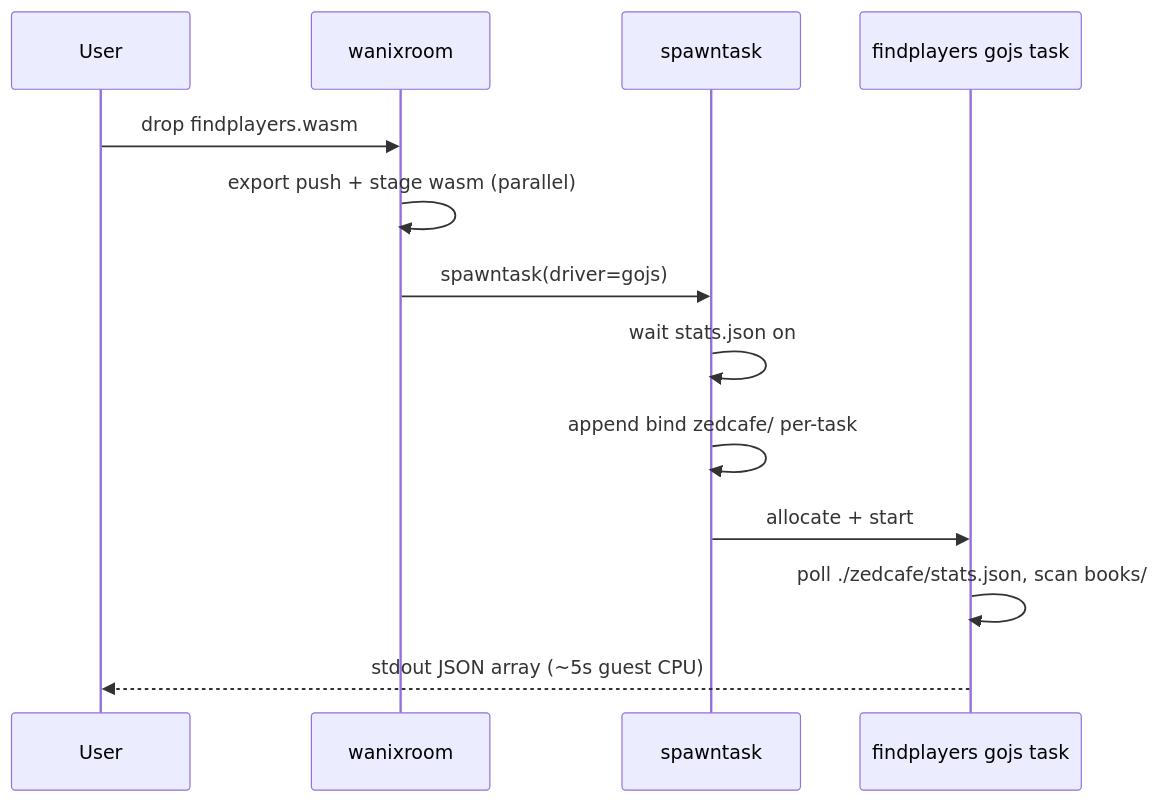
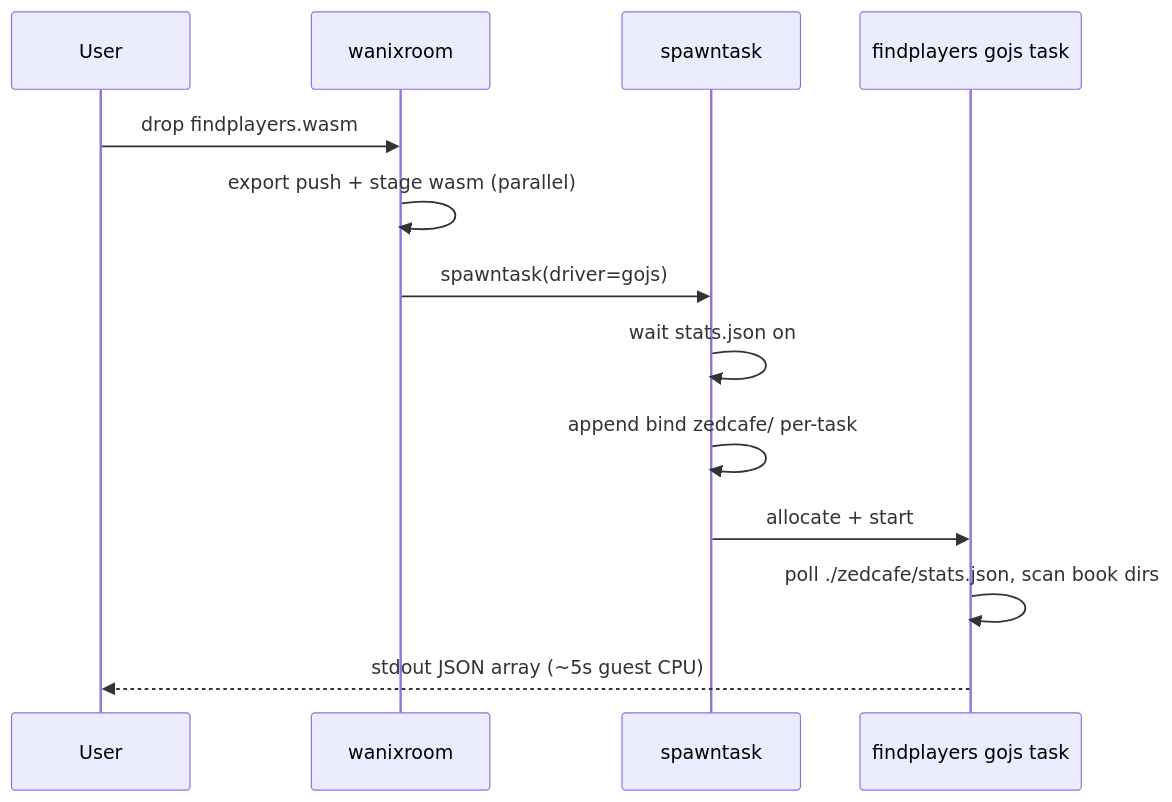
One commit to goldbuick/zed-software-system changed the sixth of 8 diagrams in zss/feature/wanix/README.md. Above: the diagram before and after it, drawn with Mermaid. The commit also changed other lines of this file and 27 other files, not shown here.

````diff
--- a/zss/feature/wanix/README.md
+++ b/zss/feature/wanix/README.md
@@ -277,16 +277,16 @@
 ```mermaid
 sequenceDiagram
   participant User
   participant Parent as wanixroom
   participant Iframe as spawntask
   participant FP as findplayers gojs task
 
   User->>Parent: drop findplayers.wasm
   Parent->>Parent: export push + stage wasm (parallel)
   Parent->>Iframe: spawntask(driver=gojs)
   Iframe->>Iframe: wait stats.json on #task/rid/export
   Iframe->>Iframe: append bind zedcafe/ per-task
   Iframe->>FP: allocate + start
-  FP->>FP: poll ./zedcafe/stats.json, scan books/
+  FP->>FP: poll ./zedcafe/stats.json, scan book dirs
   FP-->>User: stdout JSON array (~5s guest CPU)
 ```
````
